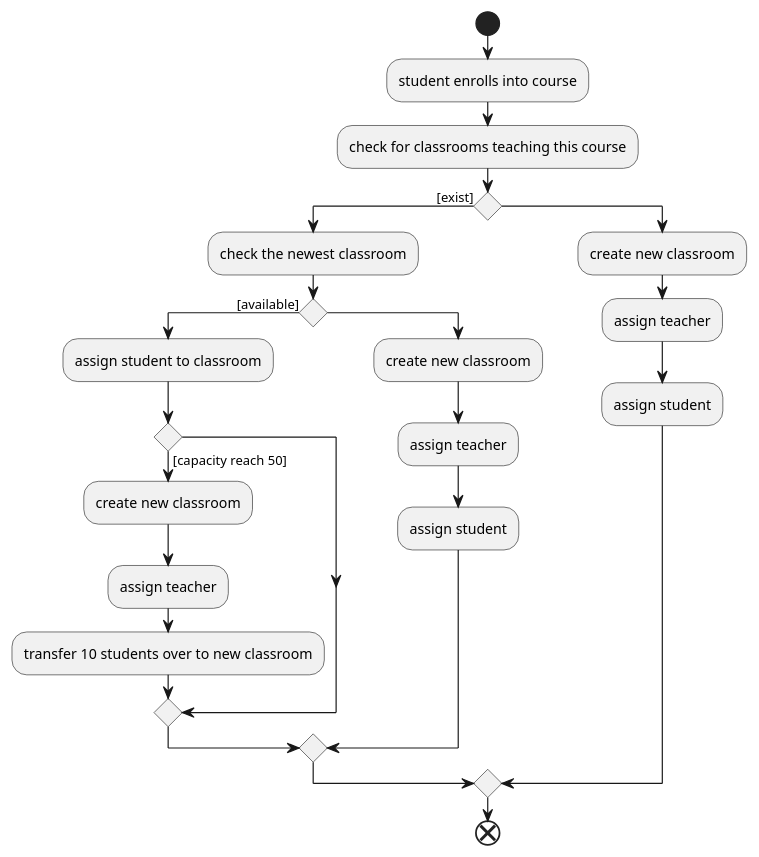
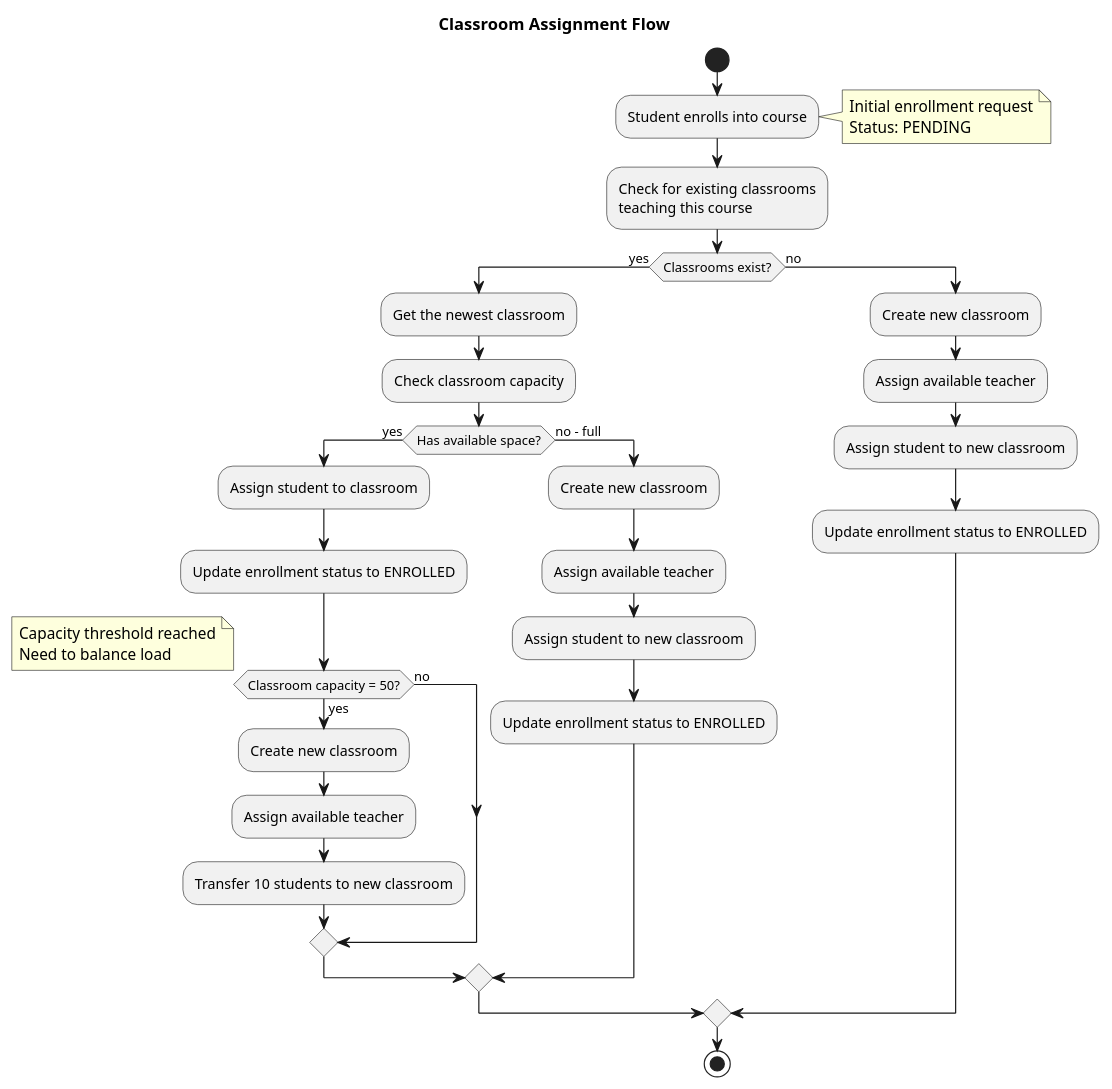
Before and after one commit to Ascendant-7/course_enrollment: the diagram in docs/plantuml/classroom-assignment.puml, drawn with PlantUML. The commit also changed 4 other files, not shown here.

```diff
--- a/docs/plantuml/classroom-assignment.puml
+++ b/docs/plantuml/classroom-assignment.puml
@@ -1,28 +1,57 @@
 @startuml classroom-assignment
+
+title Classroom Assignment Flow
+
 start
 
-:student enrolls into course;
-:check for classrooms teaching this course;
-if () then ([exist])
-    :check the newest classroom;
-    if () then ([available])
-        :assign student to classroom;
-        if () then ([capacity reach 50])
-            :create new classroom;
-            :assign teacher;
-            :transfer 10 students over to new classroom;
-        else
+:Student enrolls into course;
+
+note right
+    Initial enrollment request
+    Status: PENDING
+end note
+
+:Check for existing classrooms 
+teaching this course;
+
+if (Classrooms exist?) then (yes)
+    :Get the newest classroom;
+    
+    :Check classroom capacity;
+    
+    if (Has available space?) then (yes)
+        :Assign student to classroom;
+        
+        :Update enrollment status to ENROLLED;
+        
+        if (Classroom capacity = 50?) then (yes)
+            note right
+                Capacity threshold reached
+                Need to balance load
+            end note
+            
+            :Create new classroom;
+            :Assign available teacher;
+            :Transfer 10 students to new classroom;
+            
+        else (no)
+            ' Continue - capacity not reached
         endif
-    else
-        :create new classroom;
-        :assign teacher;
-        :assign student;
+        
+    else (no - full)
+        :Create new classroom;
+        :Assign available teacher;
+        :Assign student to new classroom;
+        :Update enrollment status to ENROLLED;
     endif
-else
-    :create new classroom;
-    :assign teacher;
-    :assign student;
+    
+else (no)
+    :Create new classroom;
+    :Assign available teacher;
+    :Assign student to new classroom;
+    :Update enrollment status to ENROLLED;
 endif
 
-end
+stop
+
 @enduml
```
